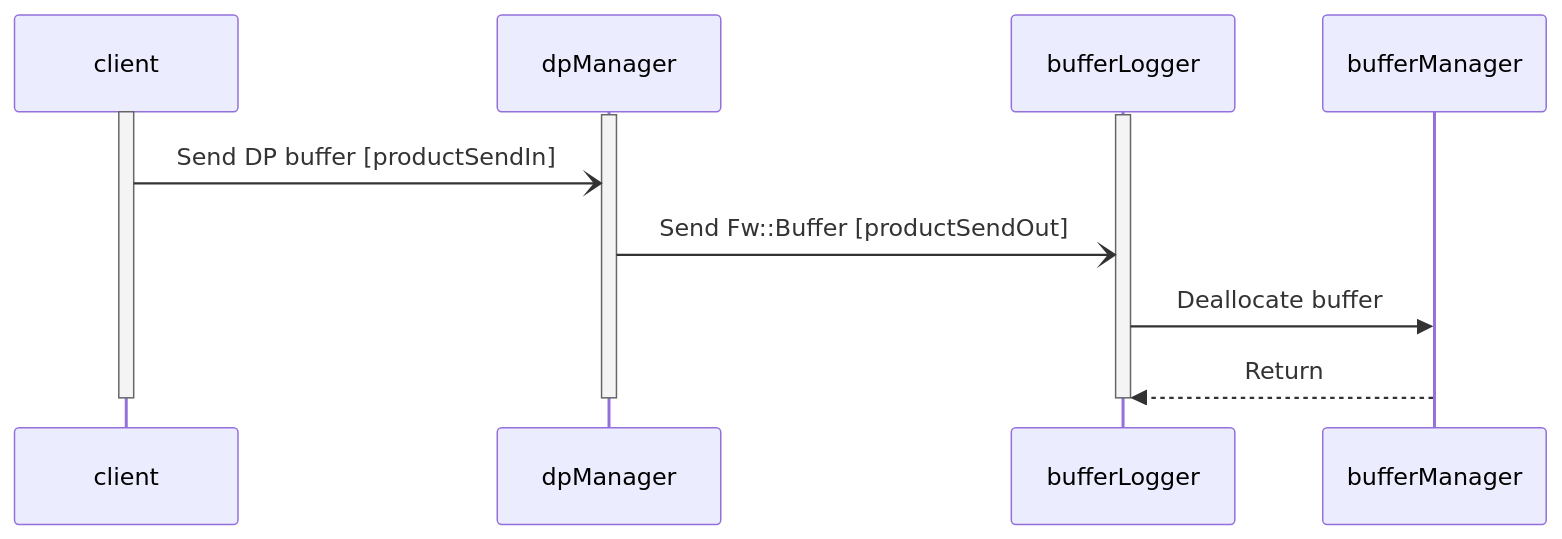
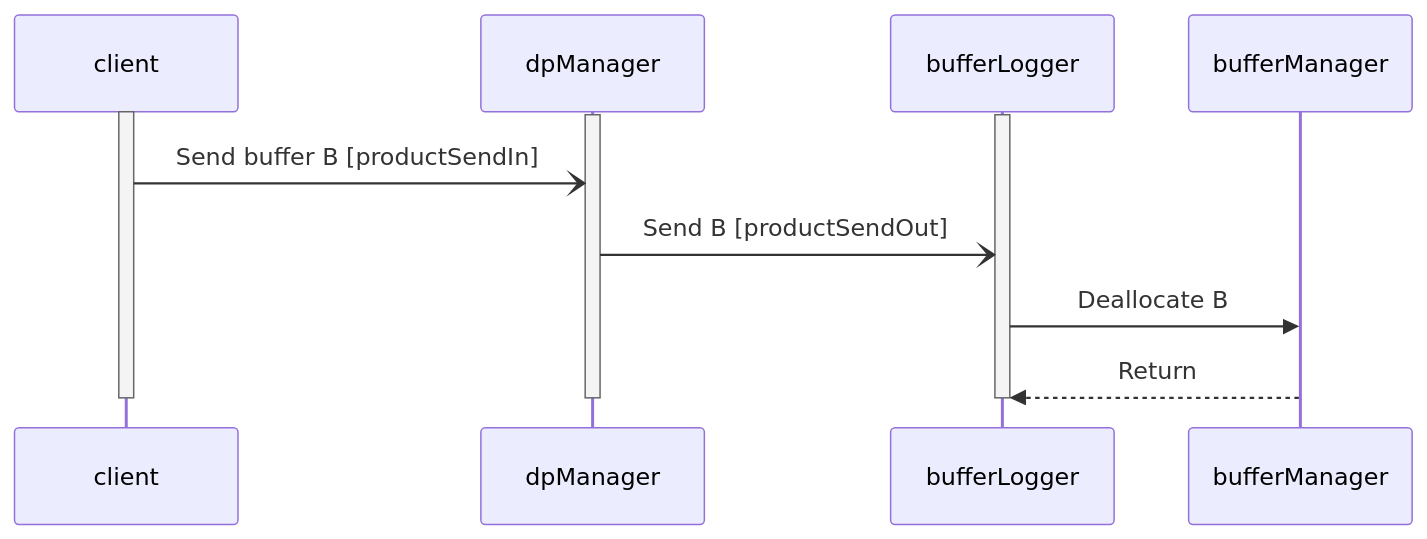
One commit to bocchino/fprime changed the second of 2 diagrams in Svc/DpManager/docs/sdd.md. Above: the diagram before and after it, drawn with Mermaid. The commit also changed other lines of this file, not shown here.

Commit message:
Revise DpManager SDD

````diff
--- a/Svc/DpManager/docs/sdd.md
+++ b/Svc/DpManager/docs/sdd.md
@@ -160,13 +160,13 @@
 ```mermaid
 sequenceDiagram
     activate client
     activate dpManager
     activate bufferLogger
-    client-)dpManager: Send DP buffer [productSendIn]
-    dpManager-)bufferLogger: Send Fw::Buffer [productSendOut]
-    bufferLogger->>bufferManager: Deallocate buffer
+    client-)dpManager: Send buffer B [productSendIn]
+    dpManager-)bufferLogger: Send B [productSendOut]
+    bufferLogger->>bufferManager: Deallocate B
     bufferManager-->>bufferLogger: Return
     deactivate bufferLogger
     deactivate dpManager
     deactivate client
 ```
````
